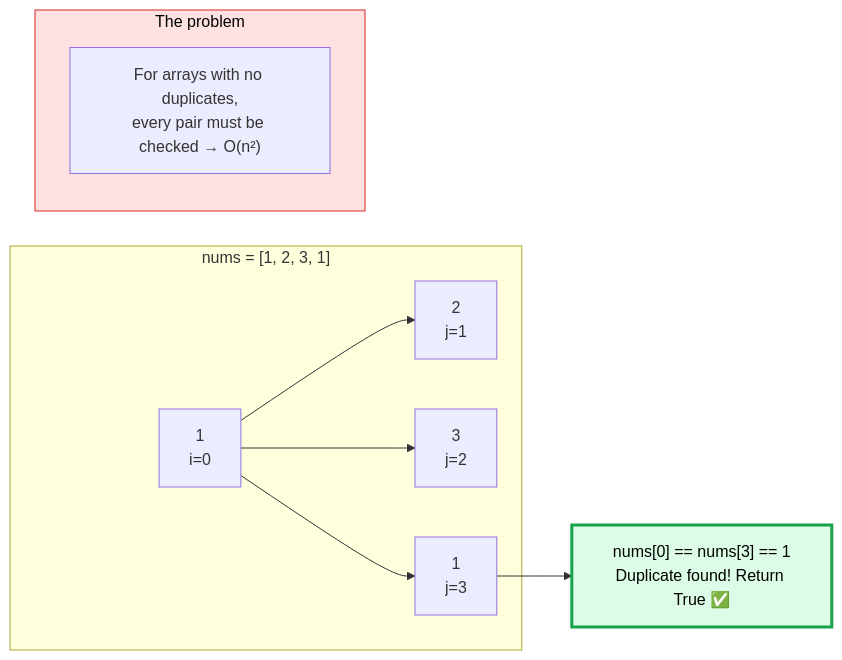
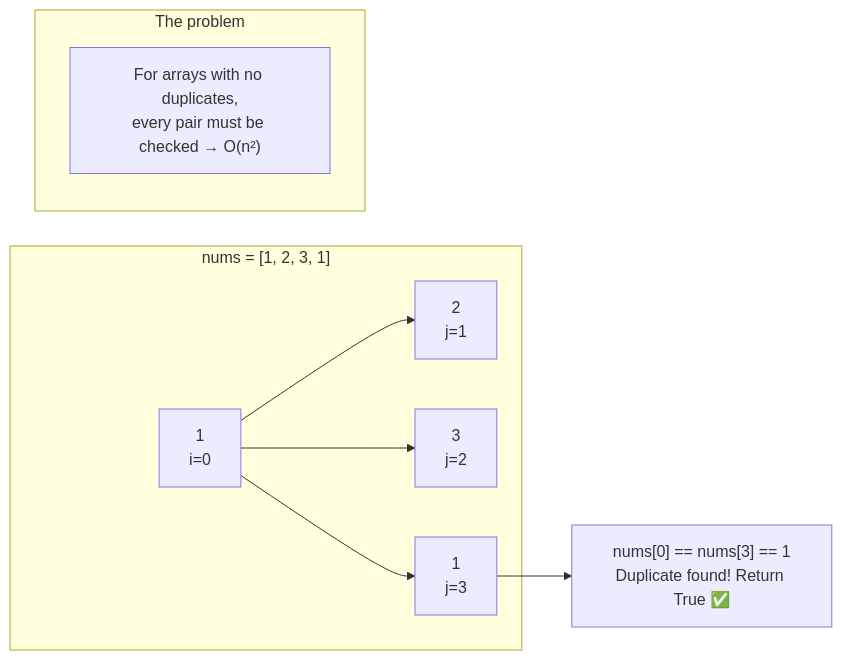
The fifth of 13 diagrams in 02 - Contains Duplicate/README.md (M-F-Tushar/LeetCode-Problem-Solving), drawn with Mermaid before and after one commit. The commit also changed other lines of this file and 6 other files, not shown here.

Commit message:
added 06 - Is Subsequence, 07 - Longest Consecutive Sequence

````diff
--- a/02 - Contains Duplicate/README.md
+++ b/02 - Contains Duplicate/README.md
@@ -116,22 +116,20 @@
 ```mermaid
 flowchart LR
     subgraph Array["nums = [1, 2, 3, 1]"]
         N0["1\ni=0"]
         N1["2\nj=1"]
         N2["3\nj=2"]
         N3["1\nj=3"]
     end
 
     N0 --> N1
     N0 --> N2
     N0 --> N3
 
     N3 --> Found["nums[0] == nums[3] == 1\nDuplicate found! Return True ✅"]
 
     subgraph Issue["The problem"]
         P["For arrays with no duplicates,\nevery pair must be checked → O(n²)"]
     end
 
-    style Found fill:#dcfce7,stroke:#16a34a,stroke-width:3px,color:#000000
-    style Issue fill:#fee2e2,stroke:#dc2626,color:#000000
 ```
````
